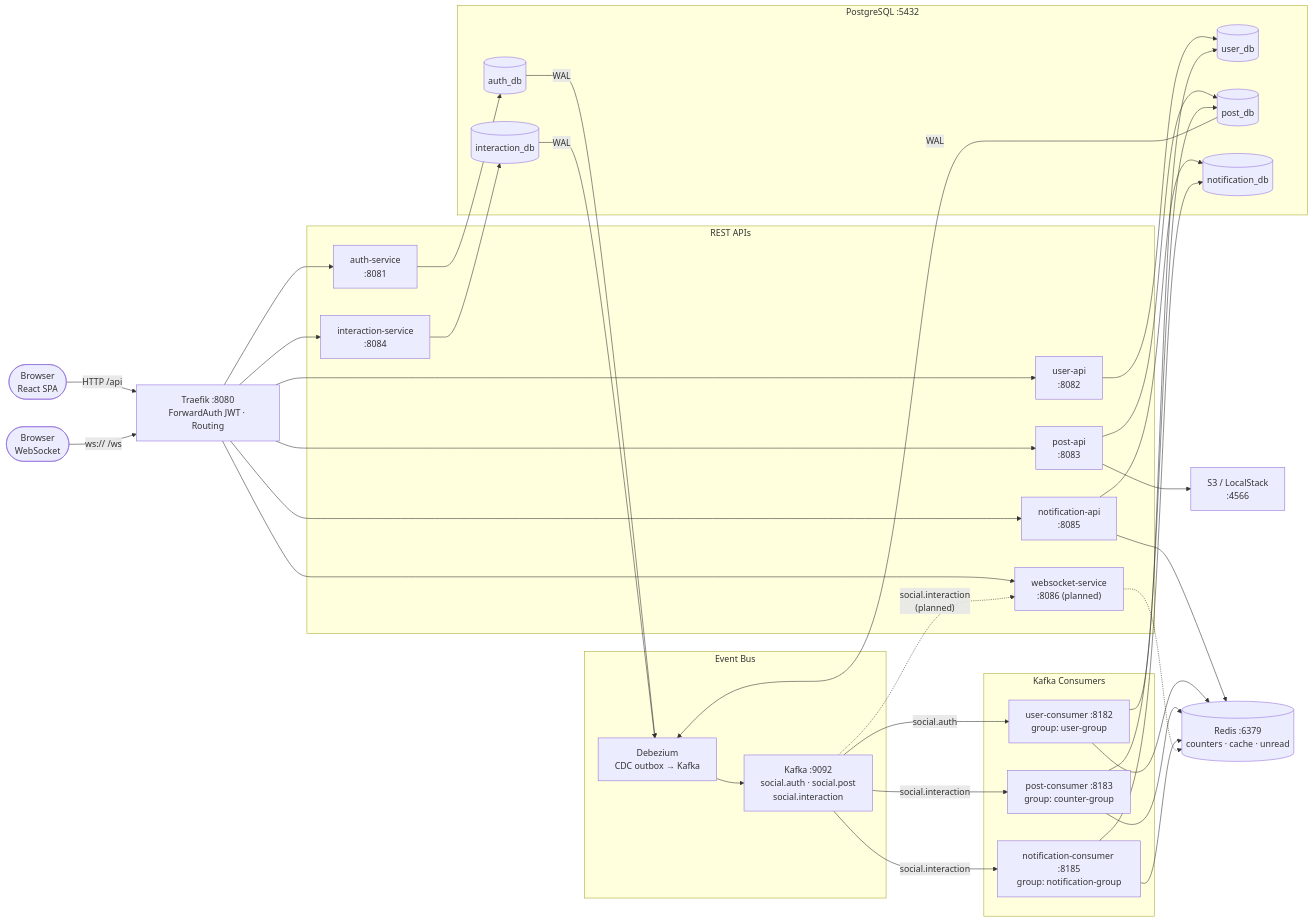
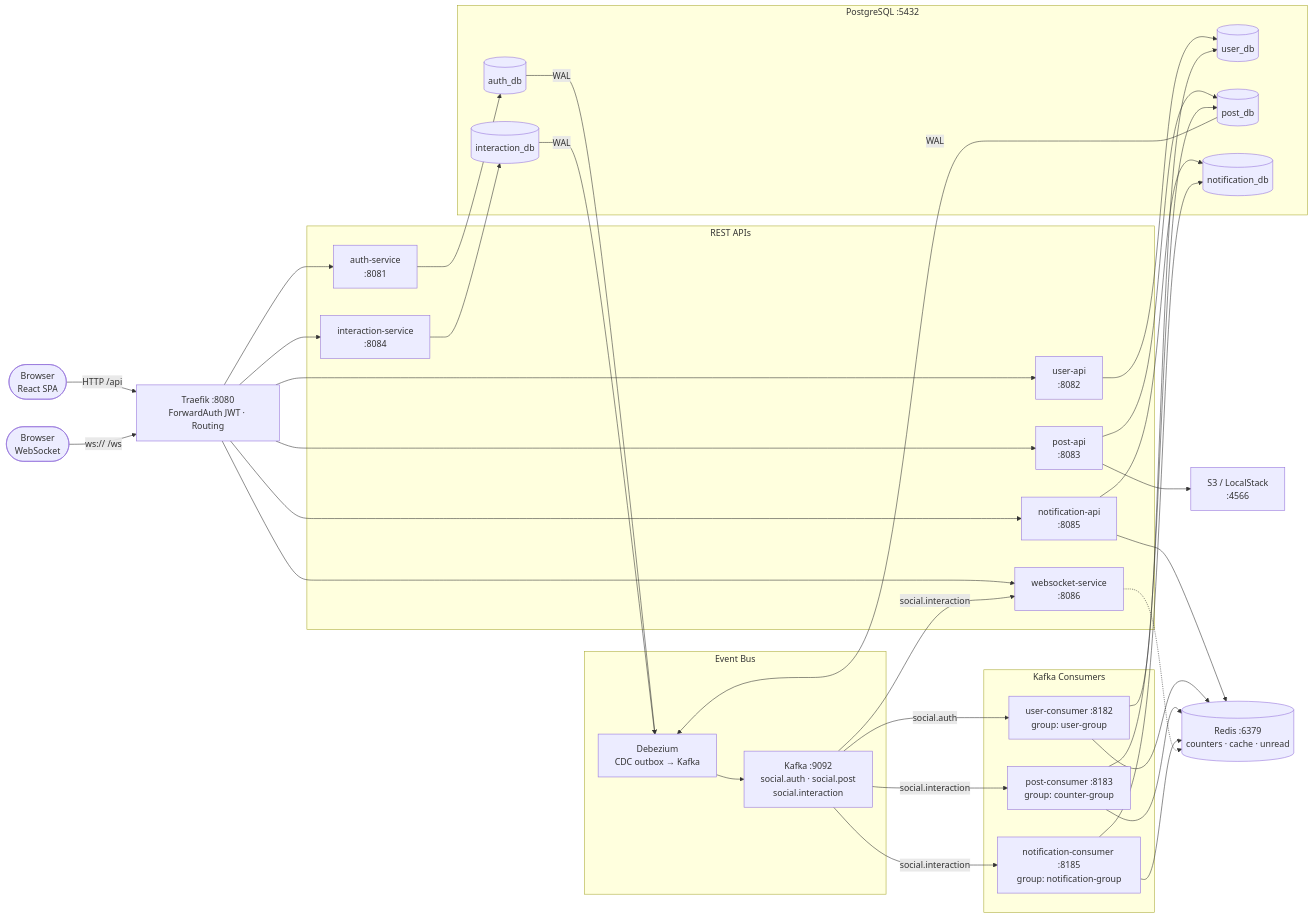
The first of 6 diagrams in specs/be-overview.md (nguyen-tri-nhan/mini-social-network), drawn with Mermaid before and after one commit. The commit also changed other lines of this file and 14 other files, not shown here.

````diff
--- a/specs/be-overview.md
+++ b/specs/be-overview.md
@@ -8,62 +8,62 @@
 ```mermaid
 graph LR
     FE(["Browser\nReact SPA"])
     WSC(["Browser\nWebSocket"])
 
     GW["Traefik :8080\nForwardAuth JWT · Routing"]
 
     subgraph APIS["REST APIs"]
         Auth["auth-service\n:8081"]
         UserApi["user-api\n:8082"]
         PostApi["post-api\n:8083"]
         Inter["interaction-service\n:8084"]
         NotiApi["notification-api\n:8085"]
-        WsSvc["websocket-service\n:8086 (planned)"]
+        WsSvc["websocket-service\n:8086"]
     end
 
     subgraph DBS["PostgreSQL :5432"]
         AuthDB[("auth_db")]
         UserDB[("user_db")]
         PostDB[("post_db")]
         InterDB[("interaction_db")]
         NotiDB[("notification_db")]
     end
 
     S3["S3 / LocalStack\n:4566"]
     Redis[("Redis :6379\ncounters · cache · unread")]
 
     subgraph MSG["Event Bus"]
         Debezium["Debezium\nCDC outbox → Kafka"]
         Kafka["Kafka :9092\nsocial.auth · social.post\nsocial.interaction"]
     end
 
     subgraph CONS["Kafka Consumers"]
         UserCon["user-consumer :8182\ngroup: user-group"]
         PostCon["post-consumer :8183\ngroup: counter-group"]
         NotiCon["notification-consumer :8185\ngroup: notification-group"]
     end
 
     FE  -->|"HTTP /api"| GW
     WSC -->|"ws:// /ws"| GW
     GW  --> Auth & UserApi & PostApi & Inter & NotiApi & WsSvc
 
     Auth    --> AuthDB
     UserApi --> UserDB
     PostApi --> PostDB & S3
     Inter   --> InterDB
     NotiApi --> NotiDB & Redis
 
     AuthDB  -->|"WAL"| Debezium
     PostDB  -->|"WAL"| Debezium
     InterDB -->|"WAL"| Debezium
     Debezium --> Kafka
 
     Kafka -->|"social.auth"| UserCon
     Kafka -->|"social.interaction"| PostCon & NotiCon
-    Kafka -.->|"social.interaction\n(planned)"| WsSvc
+    Kafka -->|"social.interaction"| WsSvc
 
     UserCon --> UserDB & Redis
     PostCon --> PostDB & Redis
     NotiCon --> NotiDB & Redis
     WsSvc   -.-> Redis
 ```
````
